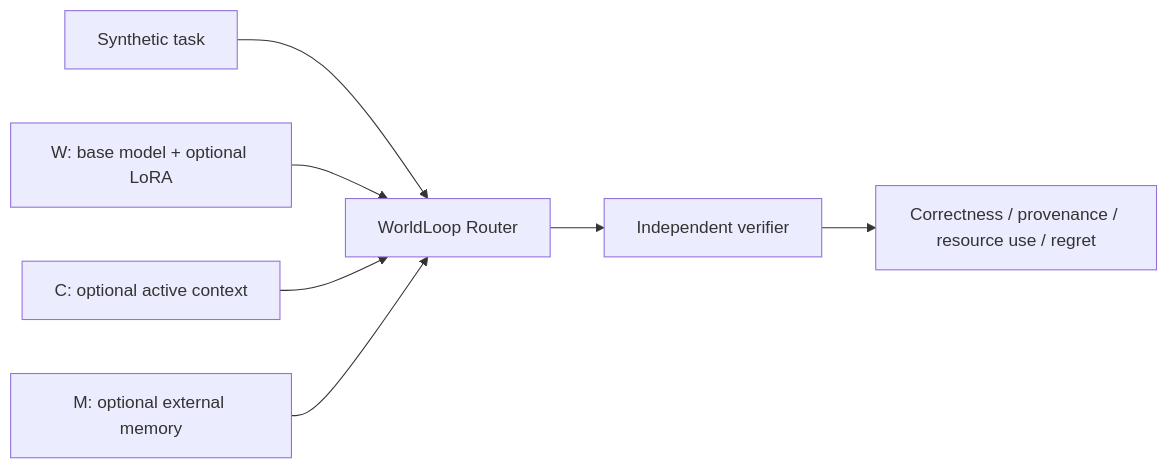
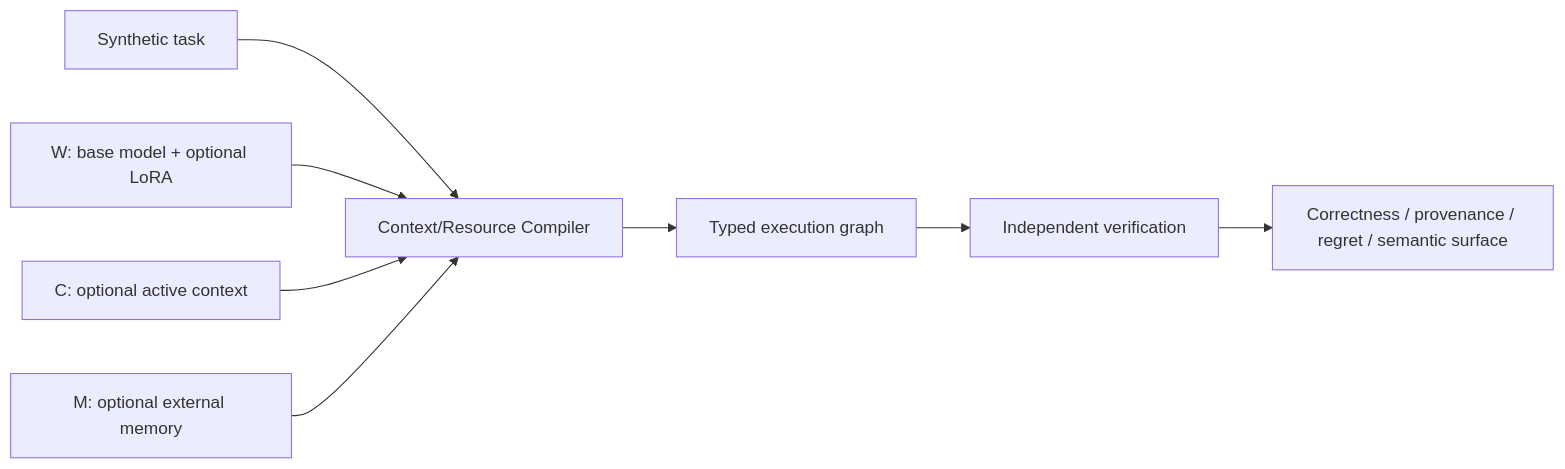
One commit to jwalin-shah/worldloop changed the fourth of 6 diagrams in docs/ARCHITECTURE.md. Above: the diagram before and after it, drawn with Mermaid. The commit also changed other lines of this file, not shown here.

Commit message:
docs: center WorldLoop on typed compiled execution

````diff
--- a/docs/ARCHITECTURE.md
+++ b/docs/ARCHITECTURE.md
@@ -131,9 +149,10 @@
 ```mermaid
 flowchart LR
-    Q[Synthetic task] --> R[WorldLoop Router]
+    Q[Synthetic task] --> R[Context/Resource Compiler]
     LW[W: base model + optional LoRA] --> R
     CTX[C: optional active context] --> R
     MEM[M: optional external memory] --> R
-    R --> V[Independent verifier]
-    V --> S[Correctness / provenance / resource use / regret]
+    R --> IR[Typed execution graph]
+    IR --> V[Independent verification]
+    V --> S[Correctness / provenance / regret / semantic surface]
 ```
````
